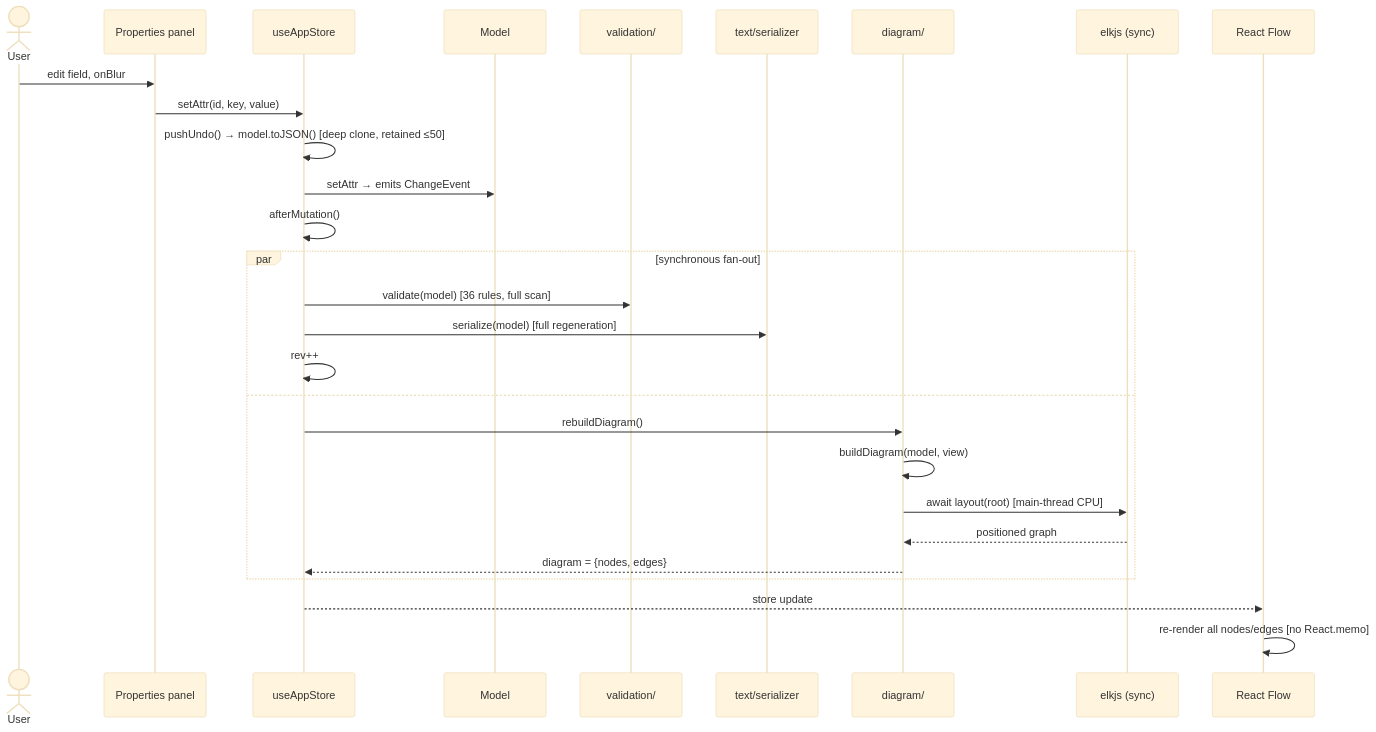
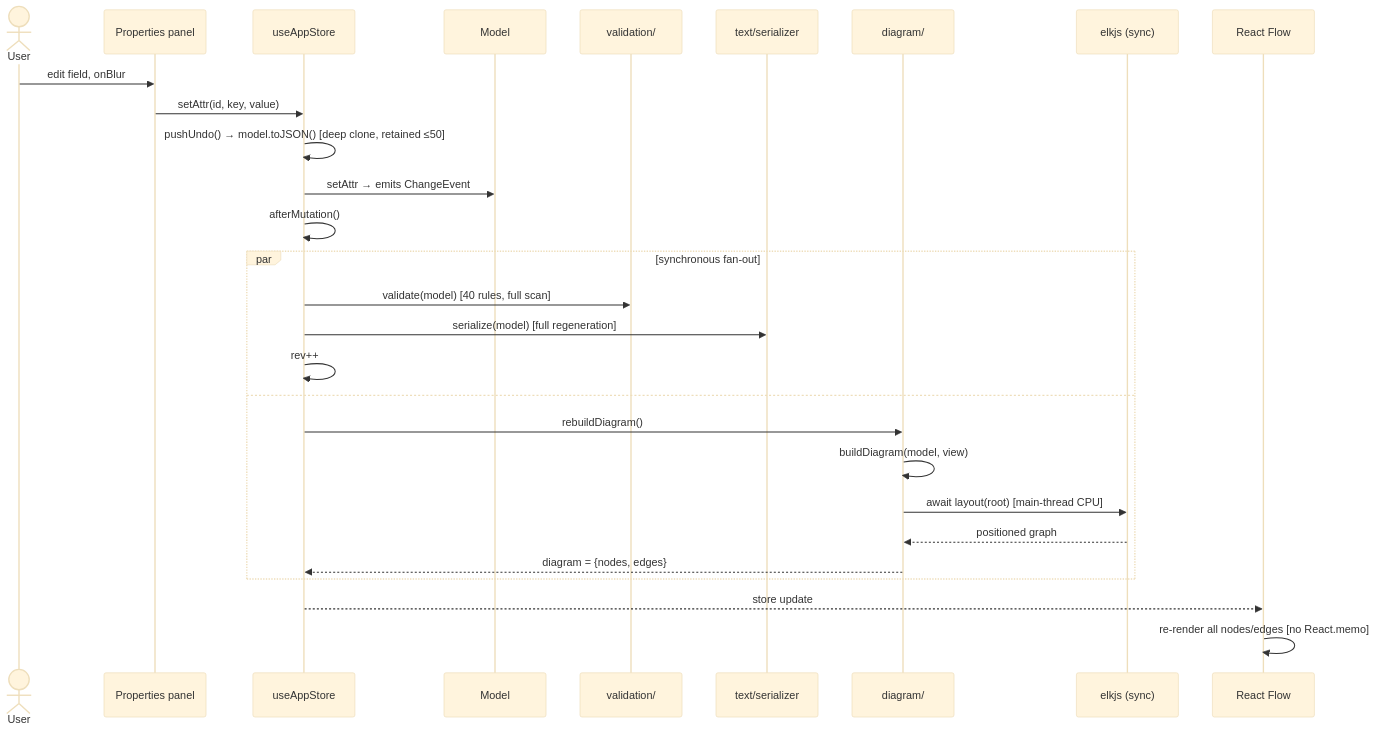
Before and after one commit to cosmindxu/sysprose: the second of 8 diagrams in docs/architecture/06-sequence-diagrams.md, drawn with Mermaid (base theme). The commit also changed 18 other files, not shown here.

````diff
--- a/docs/architecture/06-sequence-diagrams.md
+++ b/docs/architecture/06-sequence-diagrams.md
@@ -30,31 +30,31 @@
 ```mermaid
 sequenceDiagram
     actor U as User
     participant P as Properties panel
     participant S as useAppStore
     participant M as Model
     participant V as validation/
     participant T as text/serializer
     participant D as diagram/
     participant ELK as elkjs (sync)
     participant RF as React Flow
 
     U->>P: edit field, onBlur
     P->>S: setAttr(id, key, value)
     S->>S: pushUndo() → model.toJSON() [deep clone, retained ≤50]
     S->>M: setAttr → emits ChangeEvent
     S->>S: afterMutation()
     par synchronous fan-out
-        S->>V: validate(model) [36 rules, full scan]
+        S->>V: validate(model) [40 rules, full scan]
         S->>T: serialize(model) [full regeneration]
         S->>S: rev++
     and
         S->>D: rebuildDiagram()
         D->>D: buildDiagram(model, view)
         D->>ELK: await layout(root) [main-thread CPU]
         ELK-->>D: positioned graph
         D-->>S: diagram = {nodes, edges}
     end
     S-->>RF: store update
     RF->>RF: re-render all nodes/edges [no React.memo]
 ```
````
